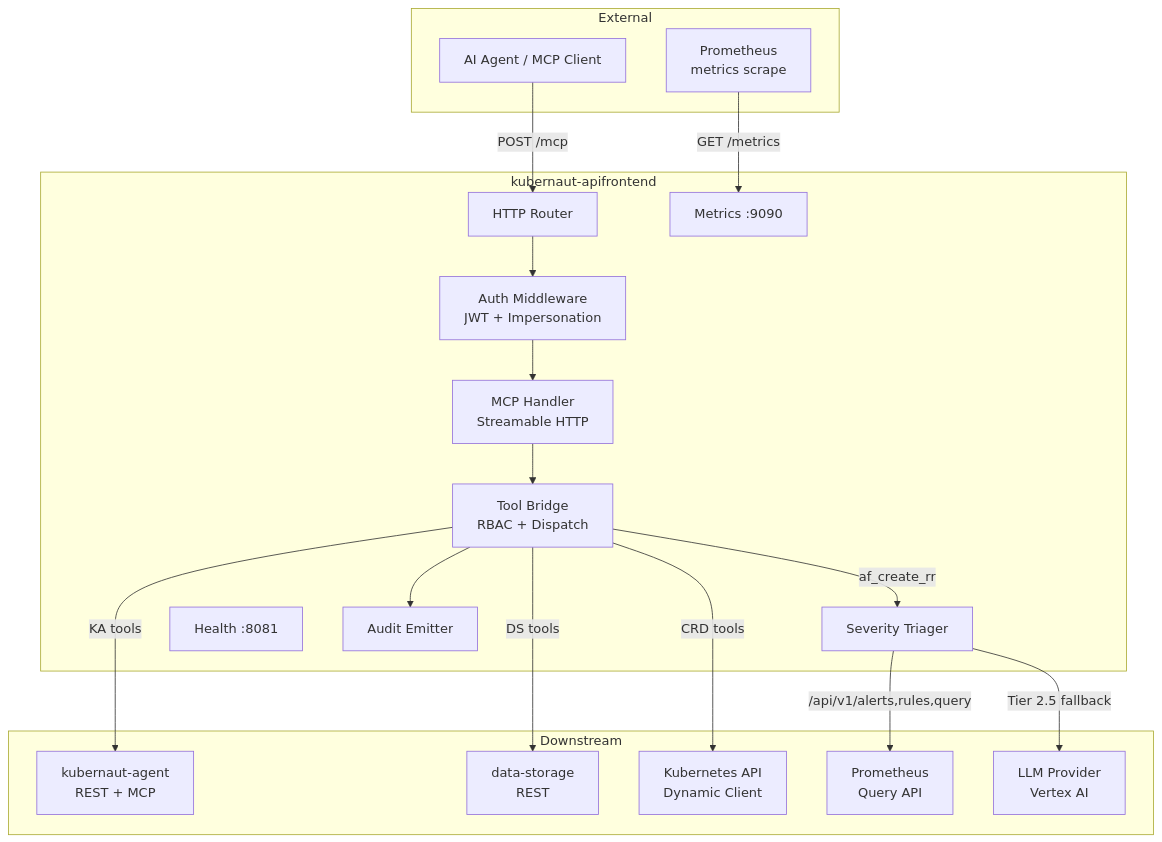
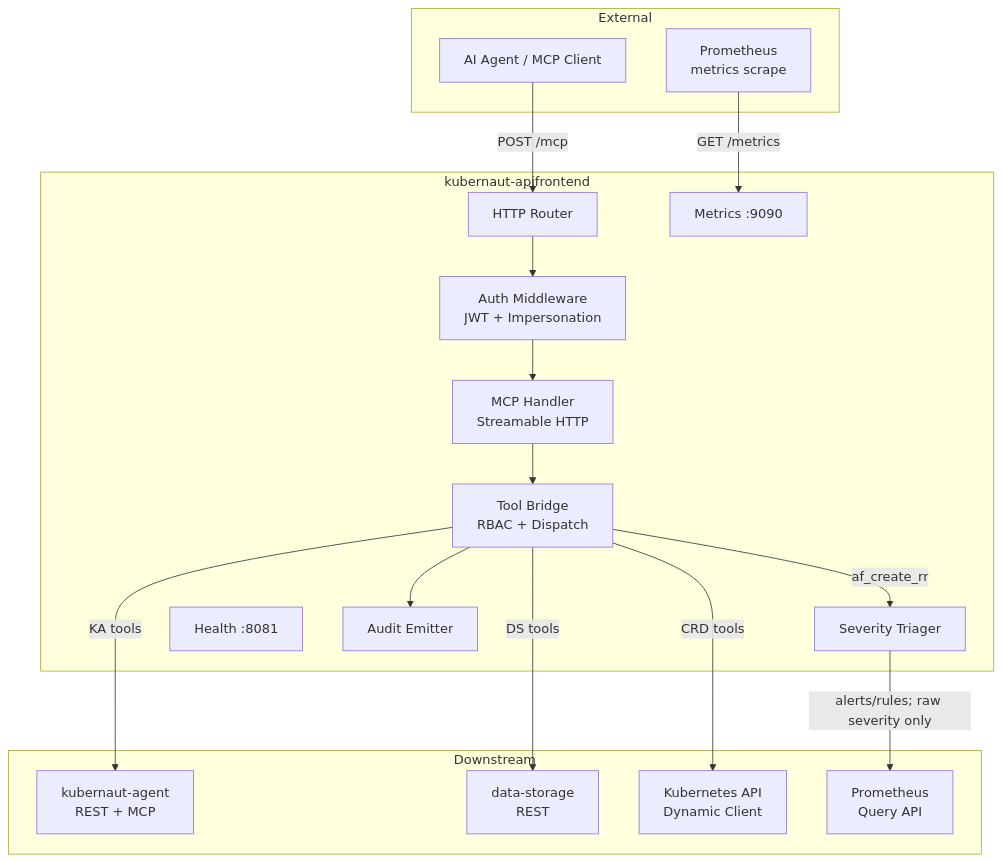
One commit to jordigilh/kubernaut changed the first of 3 diagrams in docs/services/apifrontend/design/DATA_FLOW.md. Above: the diagram before and after it, drawn with Mermaid. The commit also changed 28 other files, not shown here.

````diff
--- a/docs/services/apifrontend/design/DATA_FLOW.md
+++ b/docs/services/apifrontend/design/DATA_FLOW.md
@@ -5,39 +5,37 @@
 ```mermaid
 graph TB
     subgraph External
         Agent[AI Agent / MCP Client]
         PromScrape[Prometheus<br/>metrics scrape]
     end
 
     subgraph kubernaut-apifrontend
         Router[HTTP Router]
         Auth[Auth Middleware<br/>JWT + Impersonation]
         MCP[MCP Handler<br/>Streamable HTTP]
         Bridge[Tool Bridge<br/>RBAC + Dispatch]
         Triager[Severity Triager]
         Metrics[Metrics :9090]
         Health[Health :8081]
         Audit[Audit Emitter]
     end
 
     subgraph Downstream
         KA[kubernaut-agent<br/>REST + MCP]
         DS[data-storage<br/>REST]
         K8s[Kubernetes API<br/>Dynamic Client]
         PromAPI[Prometheus<br/>Query API]
-        LLMProv[LLM Provider<br/>Vertex AI]
     end
 
     Agent -->|POST /mcp| Router
     Router --> Auth
     Auth --> MCP
     MCP --> Bridge
     Bridge -->|CRD tools| K8s
     Bridge -->|KA tools| KA
     Bridge -->|DS tools| DS
     Bridge -->|af_create_rr| Triager
-    Triager -->|/api/v1/alerts,rules,query| PromAPI
-    Triager -->|Tier 2.5 fallback| LLMProv
+    Triager -->|alerts/rules; raw severity only| PromAPI
     Bridge --> Audit
     PromScrape -->|GET /metrics| Metrics
 ```
````
